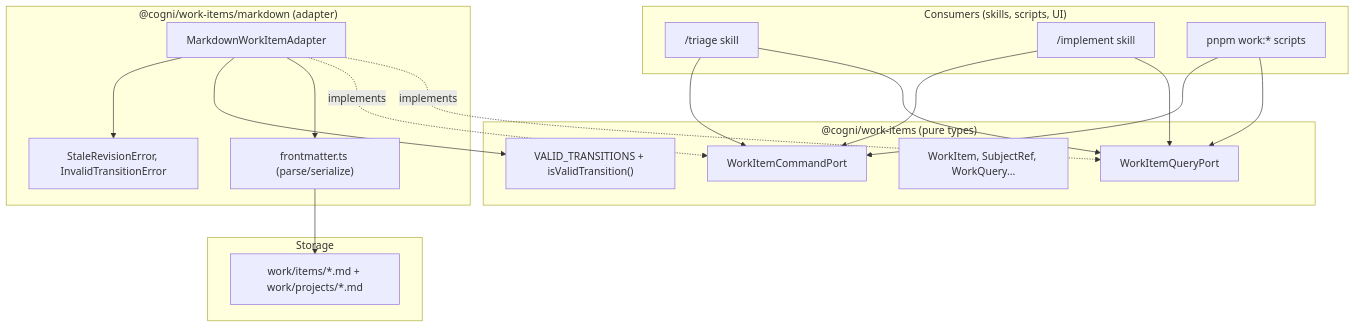
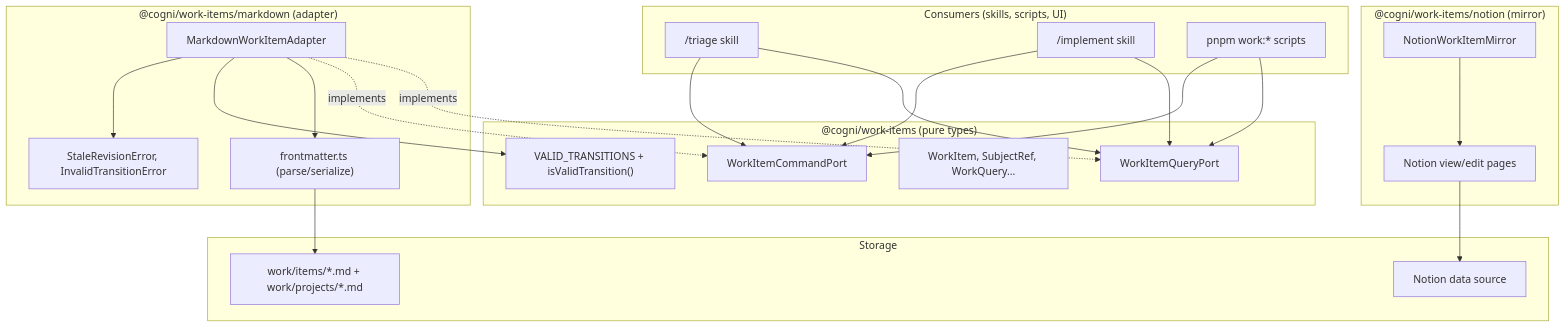
The first of 2 diagrams in docs/spec/work-items-port.md (Cogni-DAO/node-template), drawn with Mermaid before and after one commit. The commit also changed other lines of this file and 15 other files, not shown here.

Commit message:
feat(work-items): add Notion mirror sync prototype

````diff
--- a/docs/spec/work-items-port.md
+++ b/docs/spec/work-items-port.md
@@ -35,31 +35,38 @@
 ```mermaid
 graph TD
   subgraph "Consumers (skills, scripts, UI)"
     S1["/triage skill"]
     S2["/implement skill"]
     S3["pnpm work:* scripts"]
   end
 
   subgraph "@cogni/work-items (pure types)"
     QP["WorkItemQueryPort"]
     CP["WorkItemCommandPort"]
     T["WorkItem, SubjectRef, WorkQuery..."]
     TR["VALID_TRANSITIONS + isValidTransition()"]
   end
 
   subgraph "@cogni/work-items/markdown (adapter)"
     MA["MarkdownWorkItemAdapter"]
     FM["frontmatter.ts (parse/serialize)"]
     ER["StaleRevisionError, InvalidTransitionError"]
   end
 
+  subgraph "@cogni/work-items/notion (mirror)"
+    NM["NotionWorkItemMirror"]
+    DS["Notion view/edit pages"]
+  end
+
   subgraph "Storage"
     FS["work/items/*.md + work/projects/*.md"]
+    NT["Notion data source"]
   end
 
   S1 & S2 & S3 --> QP & CP
   MA -.implements.-> QP & CP
   MA --> FM --> FS
+  NM --> DS --> NT
   MA --> TR
   MA --> ER
 ```
````
